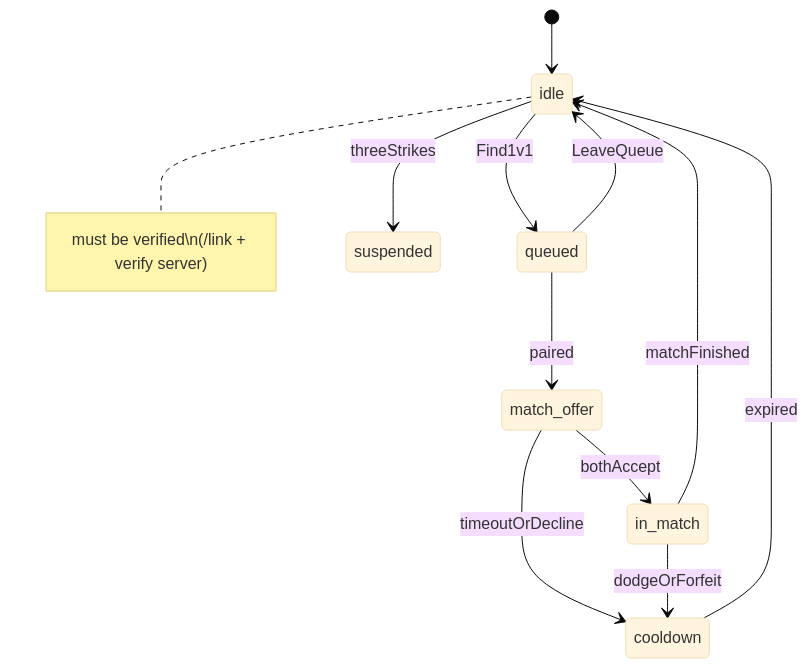
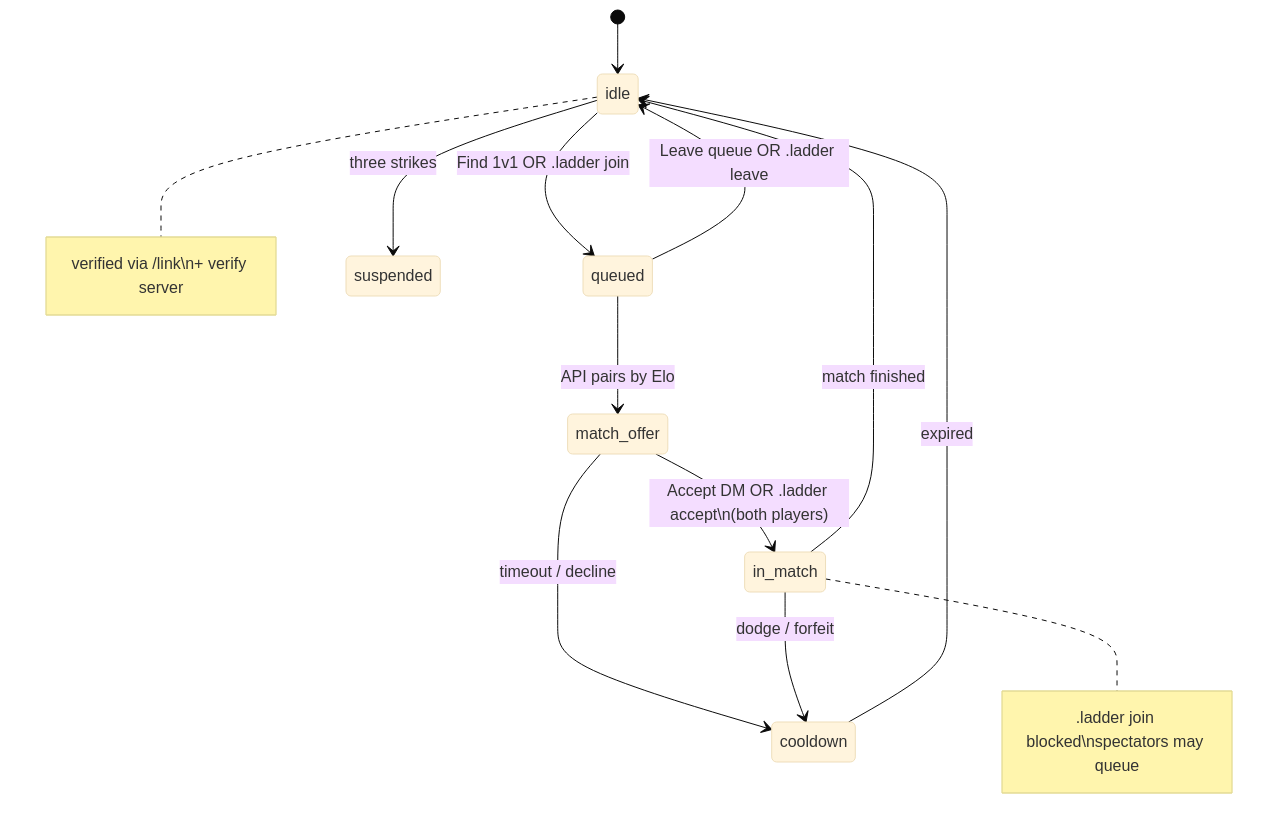
One commit to d3nd3/sof-ladder changed the seventh of 13 diagrams in README.md. Above: the diagram before and after it, drawn with Mermaid (base theme). The commit also changed other lines of this file, not shown here.

````diff
--- a/README.md
+++ b/README.md
@@ -171,14 +247,15 @@
 ```mermaid
 stateDiagram-v2
   [*] --> idle
-  note right of idle: must be verified\n(/link + verify server)
-  idle --> queued: Find1v1
-  queued --> idle: LeaveQueue
-  queued --> match_offer: paired
-  match_offer --> in_match: bothAccept
-  match_offer --> cooldown: timeoutOrDecline
-  in_match --> idle: matchFinished
-  in_match --> cooldown: dodgeOrForfeit
+  note right of idle: verified via /link\n+ verify server
+  idle --> queued: Find 1v1 OR .ladder join
+  queued --> idle: Leave queue OR .ladder leave
+  queued --> match_offer: API pairs by Elo
+  match_offer --> in_match: Accept DM OR .ladder accept\n(both players)
+  match_offer --> cooldown: timeout / decline
+  in_match --> idle: match finished
+  in_match --> cooldown: dodge / forfeit
+  note right of in_match: .ladder join blocked\nspectators may queue
   cooldown --> idle: expired
-  idle --> suspended: threeStrikes
+  idle --> suspended: three strikes
 ```
````
